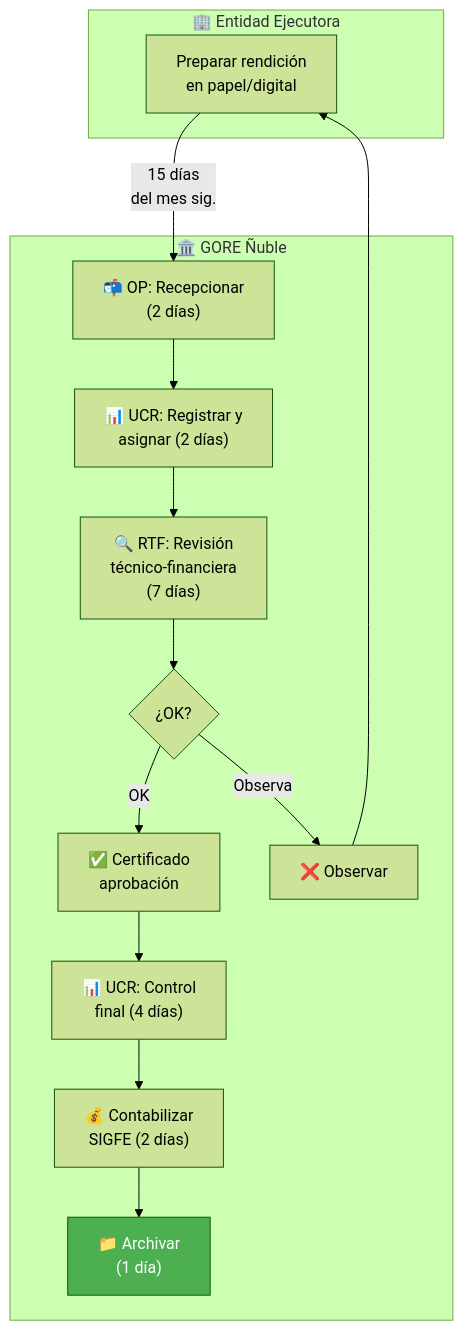
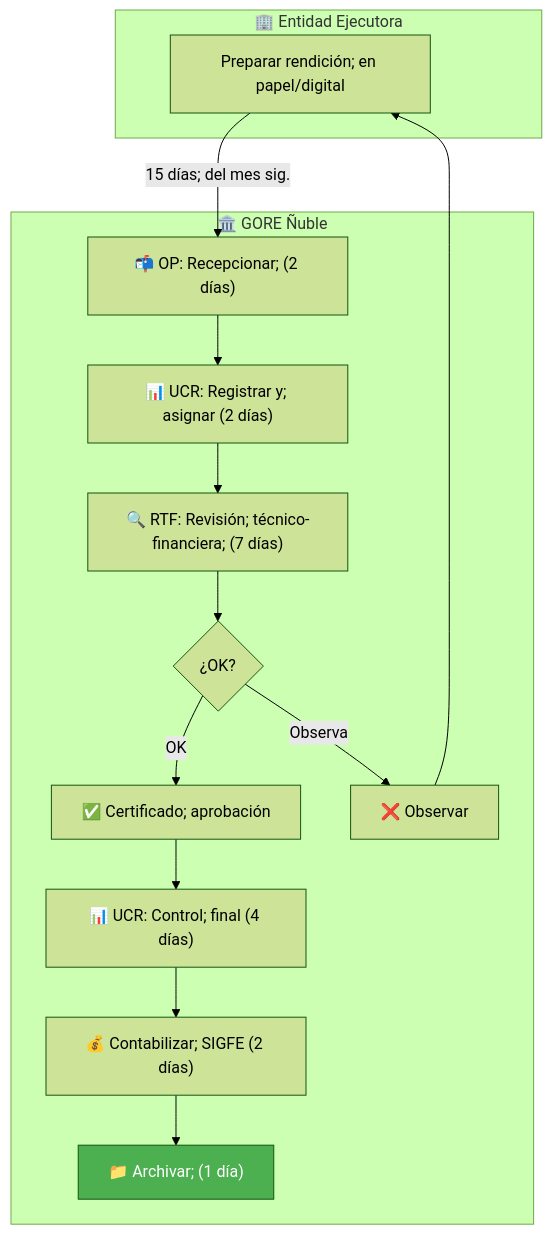
One commit to felix-antonio-sl/kora changed the second of 8 diagrams in drafts/gn/bpmn/bpmn-d08-rendiciones.md. Above: the diagram before and after it, drawn with Mermaid (forest theme). The commit also changed other lines of this file and 265 other files, not shown here.

````diff
--- a/drafts/gn/bpmn/bpmn-d08-rendiciones.md
+++ b/drafts/gn/bpmn/bpmn-d08-rendiciones.md
@@ -98,21 +99,24 @@
 ```mermaid
 flowchart TD
-    subgraph EE["🏢 Entidad Ejecutora"]
-        A["Preparar rendición<br/>en papel/digital"]
-    end
-    subgraph GORE["🏛️ GORE Ñuble"]
-        B["📬 OP: Recepcionar<br/>(2 días)"]
-        C["📊 UCR: Registrar y<br/>asignar (2 días)"]
-        D["🔍 RTF: Revisión<br/>técnico-financiera<br/>(7 días)"]
-        E{"¿OK?"}
-        F["✅ Certificado<br/>aprobación"]
-        G["❌ Observar"]
-        H["📊 UCR: Control<br/>final (4 días)"]
-        I["💰 Contabilizar<br/>SIGFE (2 días)"]
-        J["📁 Archivar<br/>(1 día)"]
-    end
-    A -->|"15 días<br/>del mes sig."| B --> C --> D --> E
-    E -->|"OK"| F --> H --> I --> J
-    E -->|"Observa"| G --> A
-    style J fill:#4CAF50,color:#fff
+ subgraph EE["🏢 Entidad Ejecutora"]
+ A["Preparar rendición; en papel/digital"]
+ end
+
+ subgraph GORE["🏛️ GORE Ñuble"]
+ B["📬 OP: Recepcionar; (2 días)"]
+ C["📊 UCR: Registrar y; asignar (2 días)"]
+ D["🔍 RTF: Revisión; técnico-financiera; (7 días)"]
+ E{"¿OK?"}
+ F["✅ Certificado; aprobación"]
+ G["❌ Observar"]
+ H["📊 UCR: Control; final (4 días)"]
+ I["💰 Contabilizar; SIGFE (2 días)"]
+ J["📁 Archivar; (1 día)"]
+ end
+
+ A -->|"15 días; del mes sig."| B --> C --> D --> E
+ E -->|"OK"| F --> H --> I --> J
+ E -->|"Observa"| G --> A
+
+ style J fill:#4CAF50,color:#fff
 ```
````
